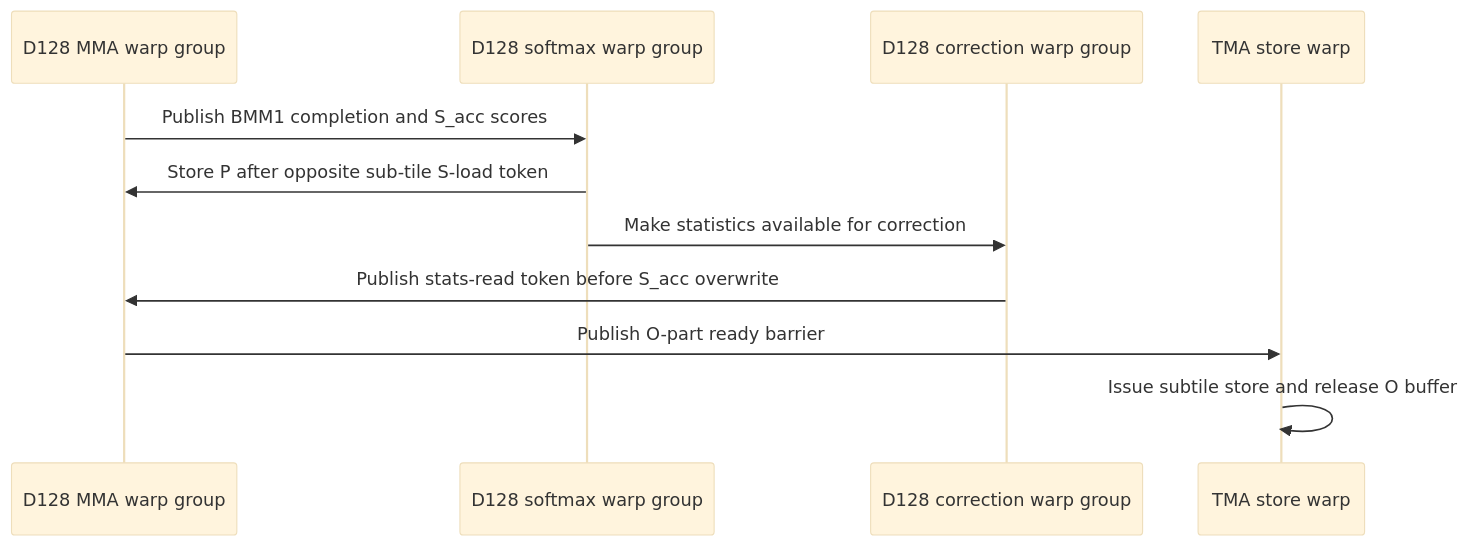
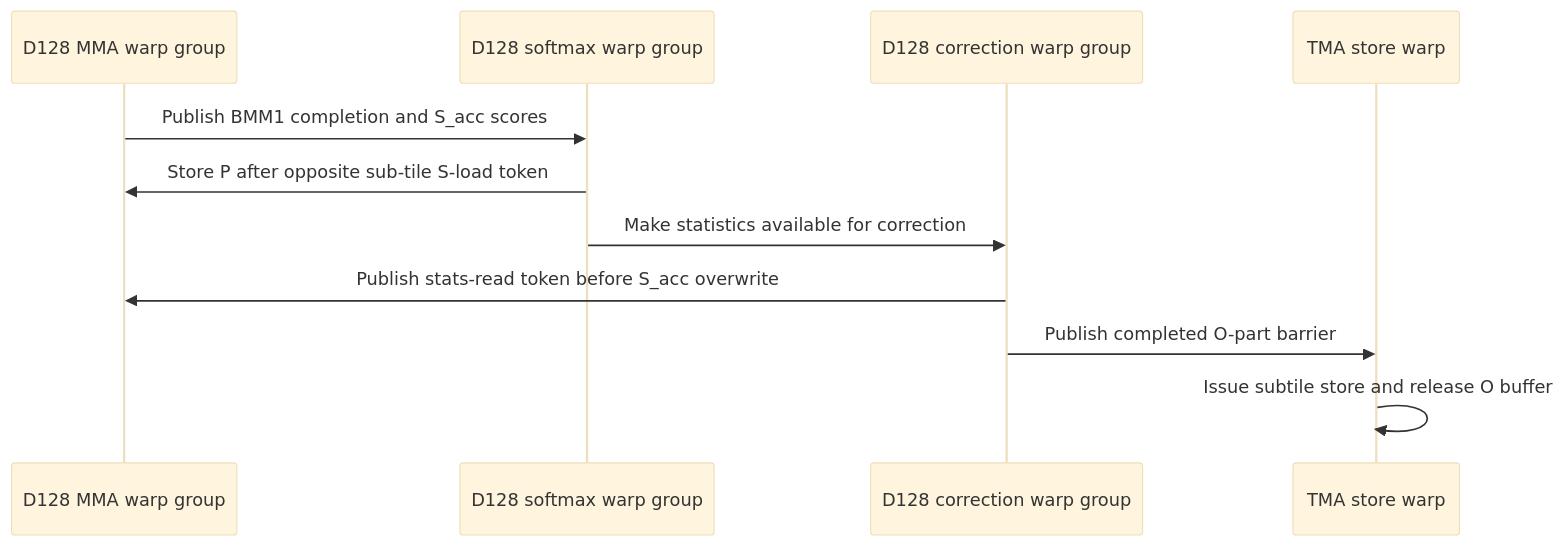
The diagram in knowledge/projects/cudnn-frontend/knowledgebase/upstream/prs/NVIDIA--cudnn-frontend/PR-1534.md (yuguo-Jack/HCU-TrainFlow), drawn with Mermaid (base theme) before and after one commit. The commit also changed other lines of this file and 19088 other files, not shown here.

````diff
--- a/knowledge/projects/cudnn-frontend/knowledgebase/upstream/prs/NVIDIA--cudnn-frontend/PR-1534.md
+++ b/knowledge/projects/cudnn-frontend/knowledgebase/upstream/prs/NVIDIA--cudnn-frontend/PR-1534.md
@@ -305,13 +352,13 @@
 ```mermaid
 sequenceDiagram
   participant MMA as D128 MMA warp group
   participant Softmax as D128 softmax warp group
   participant Correction as D128 correction warp group
   participant Store as TMA store warp
   MMA->>Softmax: Publish BMM1 completion and S_acc scores
   Softmax->>MMA: Store P after opposite sub-tile S-load token
   Softmax->>Correction: Make statistics available for correction
   Correction->>MMA: Publish stats-read token before S_acc overwrite
-  MMA->>Store: Publish O-part ready barrier
+  Correction->>Store: Publish completed O-part barrier
   Store->>Store: Issue subtile store and release O buffer
 ```
````
